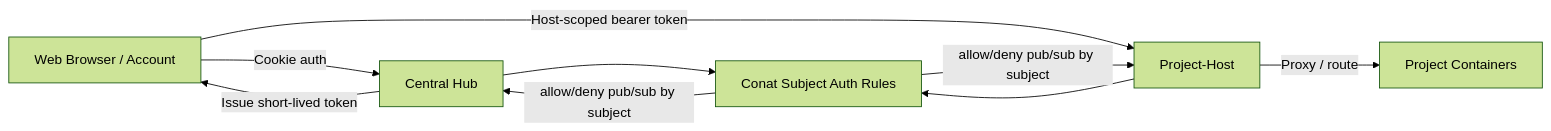
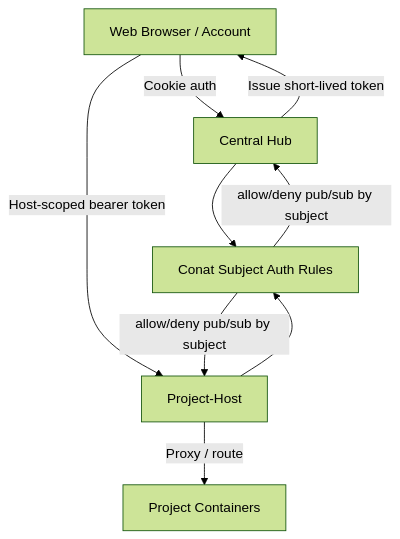
Before and after one commit to sagemathinc/cocalc-ai: the diagram in src/packages/server/conat/socketio/README.md, drawn with Mermaid (forest theme). The commit also changed other lines of this file, not shown here.

Commit message:
polish an auth readme

````diff
--- a/src/packages/server/conat/socketio/README.md
+++ b/src/packages/server/conat/socketio/README.md
@@ -33,18 +33,18 @@
 ```mermaid
-flowchart LR
+flowchart TD
   Browser[Web Browser / Account]
   Hub[Central Hub]
   PH[Project-Host]
   Proj[Project Containers]
   Conat[Conat Subject Auth Rules]
 
   Browser -->|Cookie auth| Hub
   Browser -->|Host-scoped bearer token| PH
   Hub -->|Issue short-lived token| Browser
   PH -->|Proxy / route| Proj
 
   Hub --> Conat
   PH --> Conat
   Conat -->|allow/deny pub/sub by subject| Hub
   Conat -->|allow/deny pub/sub by subject| PH
 ```
````
